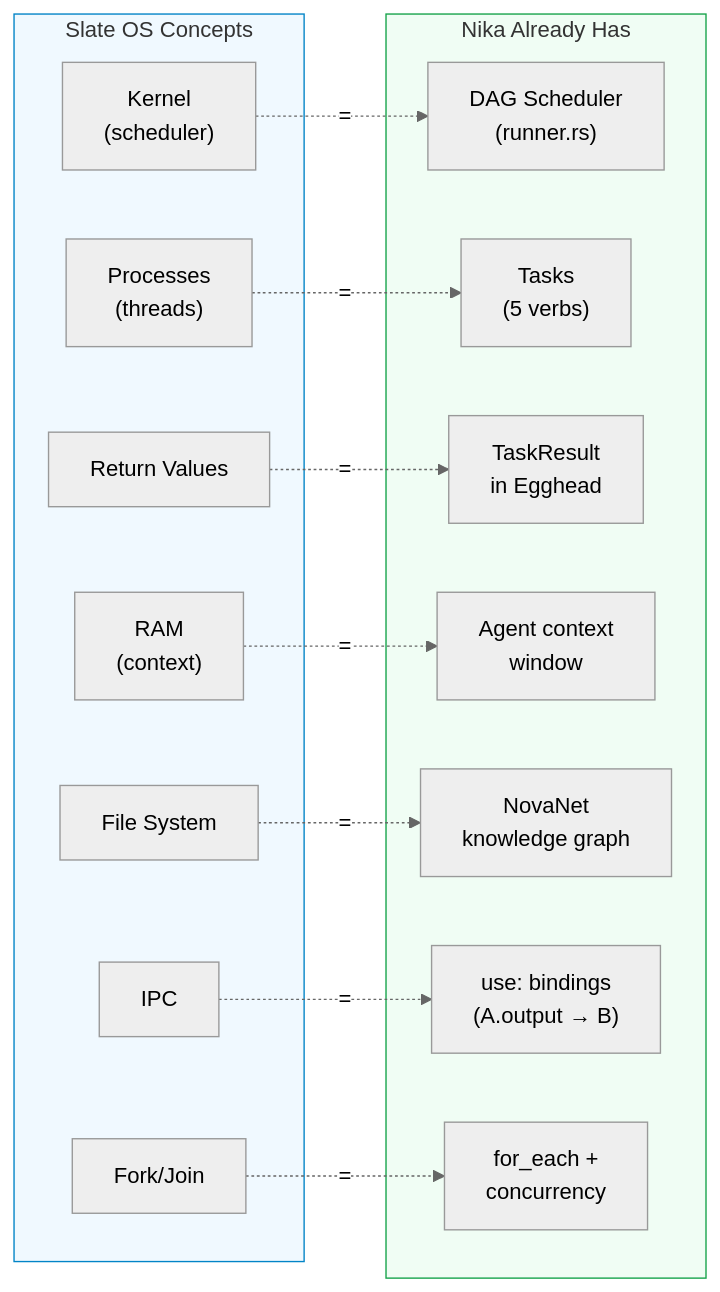
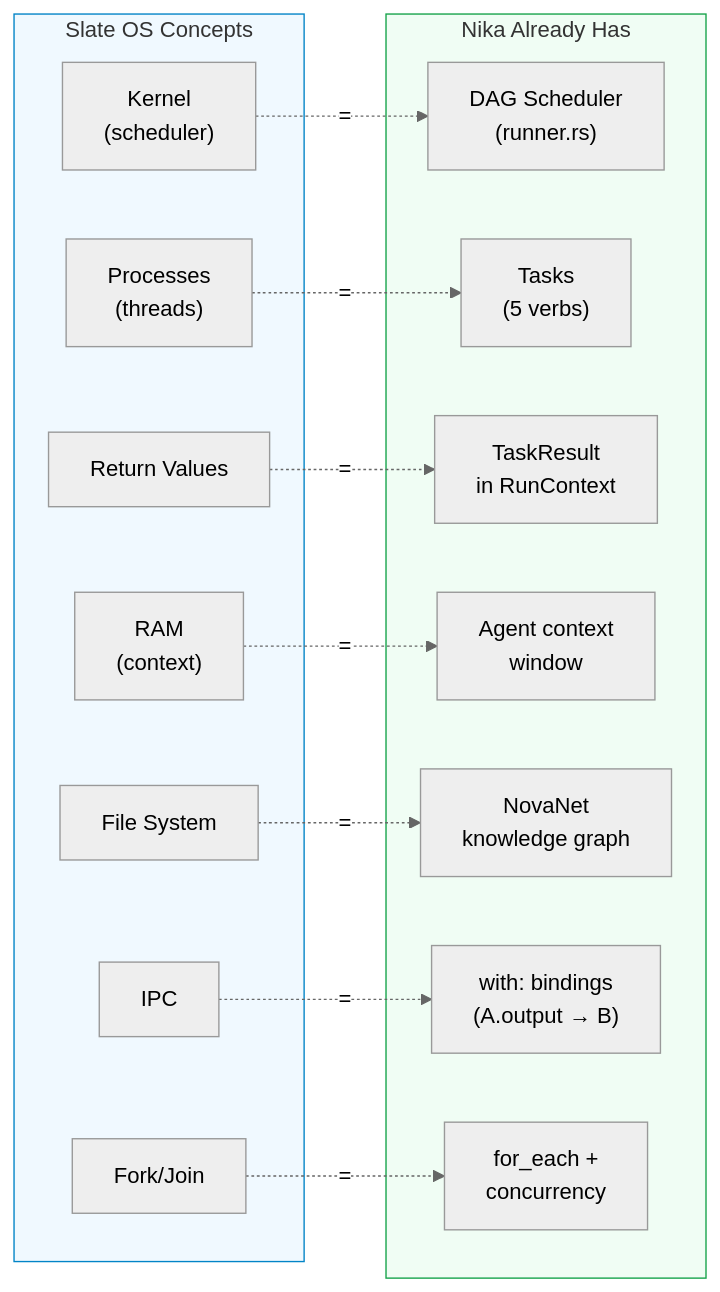
The third of 8 diagrams in tools/nika/docs/brainstorm/nika-evolution/07-slate-deep-integration.md (supernovae-st/nika), drawn with Mermaid (neutral theme) before and after one commit. The commit also changed other lines of this file and 35 other files, not shown here.

````diff
--- a/tools/nika/docs/brainstorm/nika-evolution/07-slate-deep-integration.md
+++ b/tools/nika/docs/brainstorm/nika-evolution/07-slate-deep-integration.md
@@ -98,33 +98,33 @@
 ```mermaid
 flowchart LR
     subgraph SLATE["Slate OS Concepts"]
         SK["Kernel\n(scheduler)"]
         SP["Processes\n(threads)"]
         SRV["Return Values"]
         SRAM["RAM\n(context)"]
         SFS["File System"]
         SIPC["IPC"]
         SFJ["Fork/Join"]
     end
 
     subgraph NIKA["Nika Already Has"]
         NK["DAG Scheduler\n(runner.rs)"]
         NP["Tasks\n(5 verbs)"]
-        NRV["TaskResult\nin Egghead"]
+        NRV["TaskResult\nin RunContext"]
         NRAM["Agent context\nwindow"]
         NFS["NovaNet\nknowledge graph"]
-        NIPC["use: bindings\n(A.output → B)"]
+        NIPC["with: bindings\n(A.output → B)"]
         NFJ["for_each +\nconcurrency"]
     end
 
     SK -.->|"="| NK
     SP -.->|"="| NP
     SRV -.->|"="| NRV
     SRAM -.->|"="| NRAM
     SFS -.->|"="| NFS
     SIPC -.->|"="| NIPC
     SFJ -.->|"="| NFJ
 
     style SLATE fill:#f0f9ff,stroke:#0284c7
     style NIKA fill:#f0fdf4,stroke:#16a34a
 ```
````
